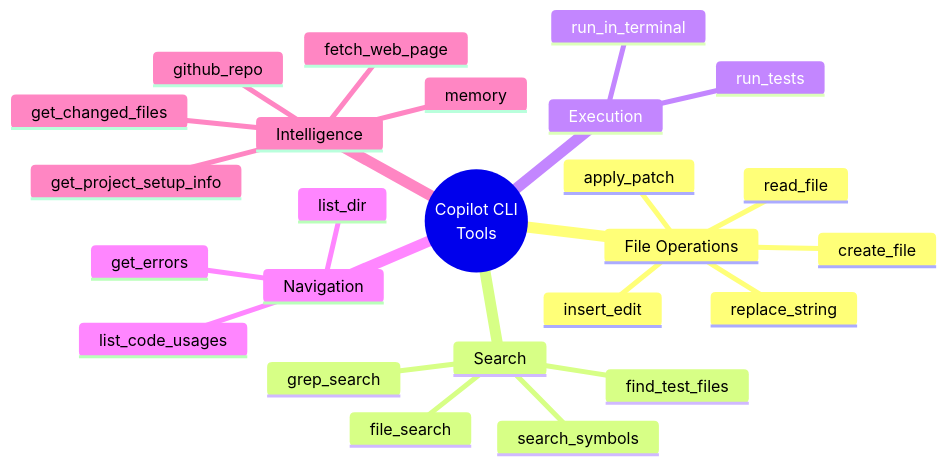
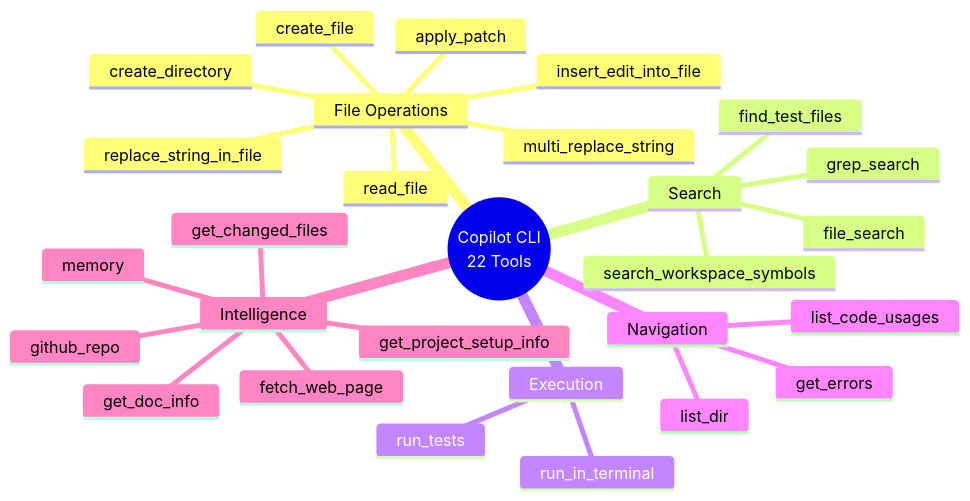
The fourth of 9 diagrams in presentation.md (JuanToanXoup/copilot-citi-cli), drawn with Mermaid before and after one commit. The commit also changed other lines of this file and 3 other files, not shown here.

````diff
--- a/presentation.md
+++ b/presentation.md
@@ -115,28 +115,31 @@
 ```mermaid
 mindmap
-  root((Copilot CLI<br/>Tools))
+  root((Copilot CLI<br/>22 Tools))
     File Operations
       read_file
       create_file
-      insert_edit
-      replace_string
+      create_directory
+      insert_edit_into_file
+      replace_string_in_file
+      multi_replace_string
       apply_patch
     Search
       grep_search
       file_search
       find_test_files
-      search_symbols
+      search_workspace_symbols
     Execution
       run_in_terminal
       run_tests
     Navigation
       list_dir
       list_code_usages
       get_errors
     Intelligence
       memory
       get_changed_files
       github_repo
       get_project_setup_info
+      get_doc_info
       fetch_web_page
 ```
````
